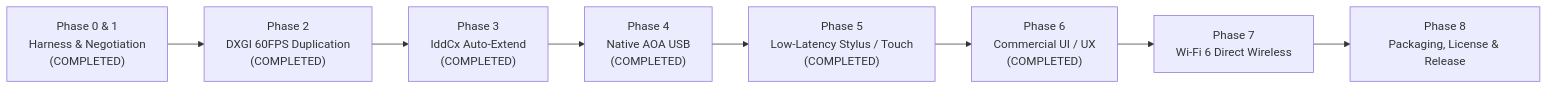
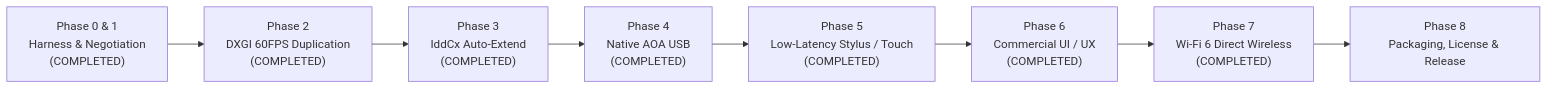
Before and after one commit to AbhijeetArjeet/OpenDisplay-USB: the diagram in OPENDISPLAY_MASTER_ROADMAP.md, drawn with Mermaid. The commit also changed other lines of this file and 6 other files, not shown here.

Commit message:
Complete Phase 7: Wi-Fi 6 Direct, ZeroConf UDP/mDNS discovery, and USB-to-Wi-Fi auto-failover

````diff
--- a/OPENDISPLAY_MASTER_ROADMAP.md
+++ b/OPENDISPLAY_MASTER_ROADMAP.md
@@ -136,10 +136,10 @@
 ```mermaid
 flowchart LR
     P0["Phase 0 & 1<br/>Harness & Negotiation<br/>(COMPLETED)"] --> P2["Phase 2<br/>DXGI 60FPS Duplication<br/>(COMPLETED)"]
     P2 --> P3["Phase 3<br/>IddCx Auto-Extend<br/>(COMPLETED)"]
     P3 --> P4["Phase 4<br/>Native AOA USB<br/>(COMPLETED)"]
     P4 --> P5["Phase 5<br/>Low-Latency Stylus / Touch<br/>(COMPLETED)"]
     P5 --> P6["Phase 6<br/>Commercial UI / UX<br/>(COMPLETED)"]
-    P6 --> P7["Phase 7<br/>Wi-Fi 6 Direct Wireless"]
+    P6 --> P7["Phase 7<br/>Wi-Fi 6 Direct Wireless<br/>(COMPLETED)"]
     P7 --> P8["Phase 8<br/>Packaging, License & Release"]
 ```
````
